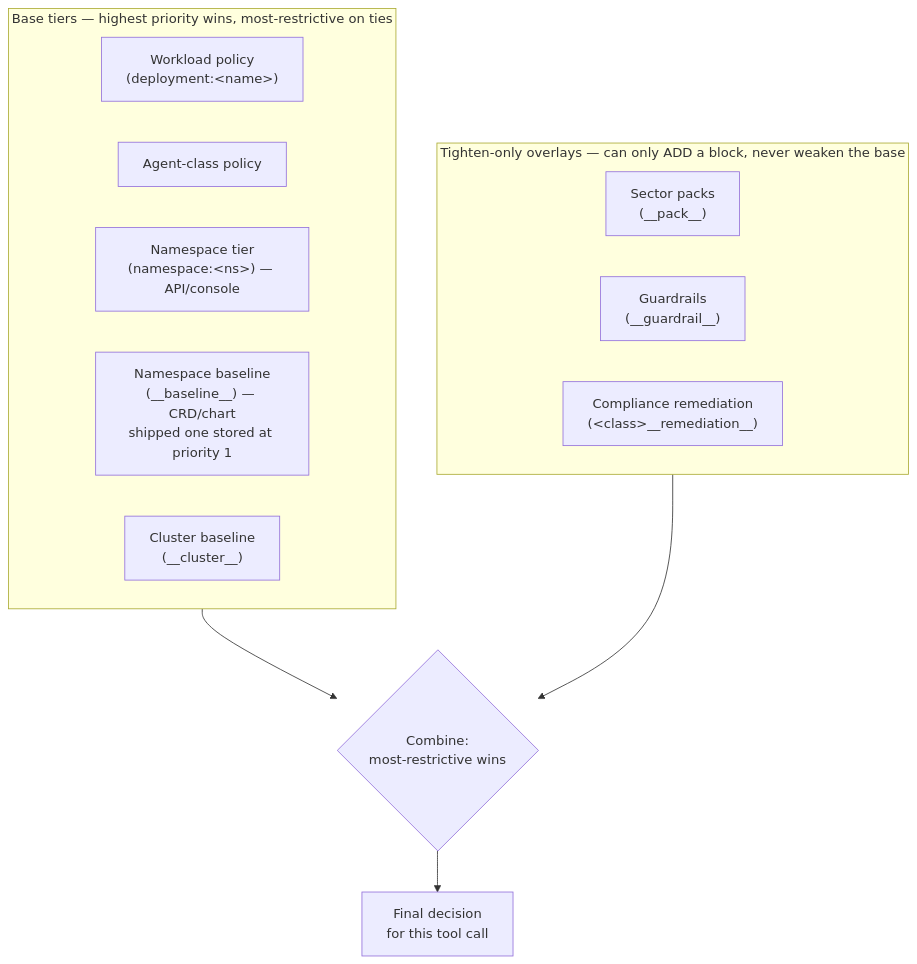
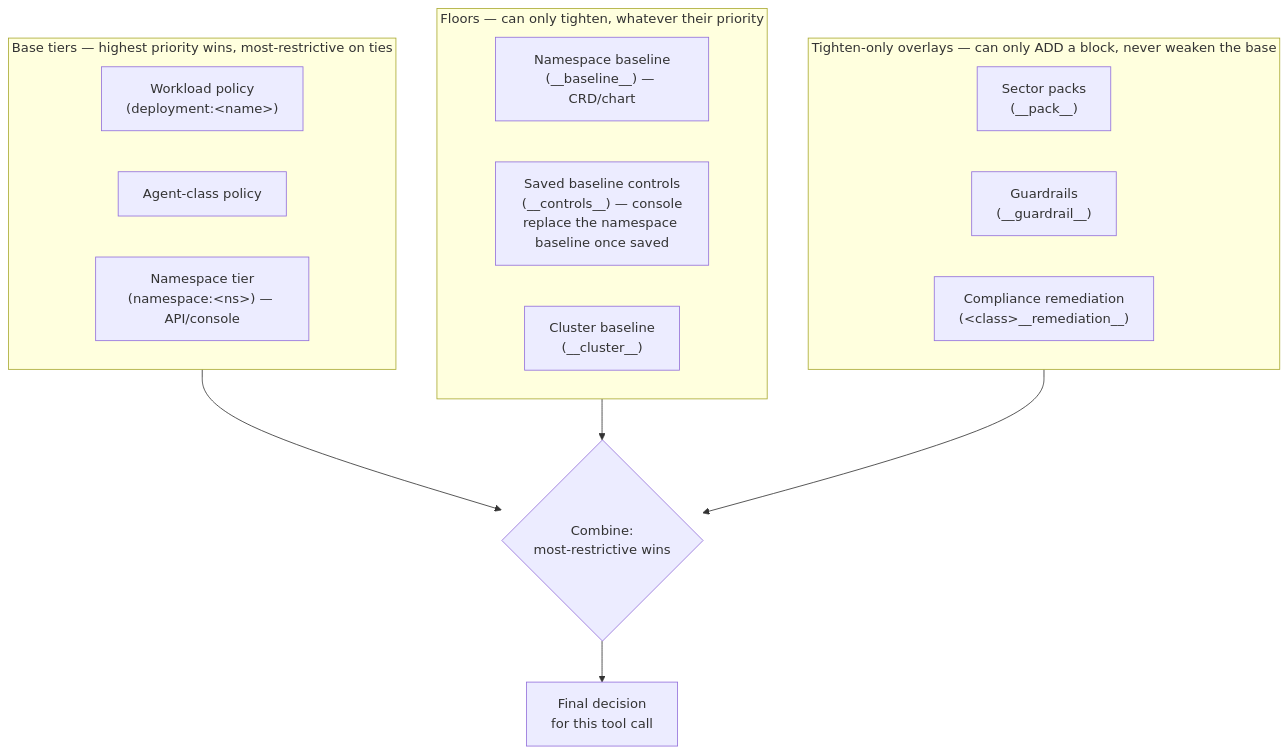
The second of 2 diagrams in docs/concepts.md (norviq-dev/norviq), drawn with Mermaid before and after one commit. The commit also changed other lines of this file and 25 other files, not shown here.

````diff
--- a/docs/concepts.md
+++ b/docs/concepts.md
@@ -271,18 +278,22 @@
 ```mermaid
 flowchart TB
     subgraph base["Base tiers — highest priority wins, most-restrictive on ties"]
         wl["Workload policy<br/>(deployment:&lt;name&gt;)"]
         cls["Agent-class policy"]
         nst["Namespace tier<br/>(namespace:&lt;ns&gt;) — API/console"]
-        nsb["Namespace baseline<br/>(__baseline__) — CRD/chart<br/>shipped one stored at priority 1"]
+    end
+    subgraph fl["Floors — can only tighten, whatever their priority"]
+        nsb["Namespace baseline<br/>(__baseline__) — CRD/chart"]
+        ctl["Saved baseline controls<br/>(__controls__) — console<br/>replace the namespace baseline once saved"]
         clb["Cluster baseline<br/>(__cluster__)"]
     end
     subgraph ov["Tighten-only overlays — can only ADD a block, never weaken the base"]
         pack["Sector packs<br/>(__pack__)"]
         guard["Guardrails<br/>(__guardrail__)"]
         rem["Compliance remediation<br/>(&lt;class&gt;__remediation__)"]
     end
     base --> M{"Combine:<br/>most-restrictive wins"}
+    fl --> M
     ov --> M
     M --> D["Final decision<br/>for this tool call"]
 ```
````
